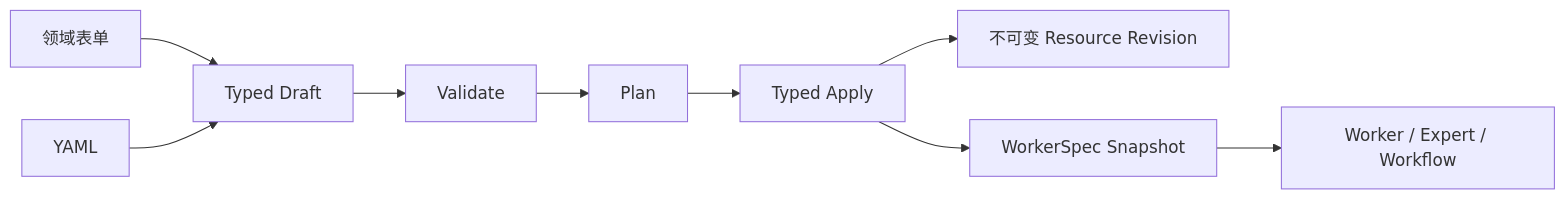
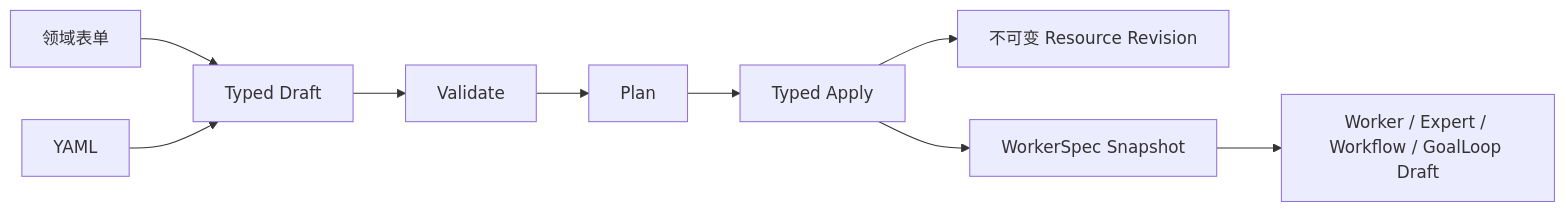
Before and after one commit to l8ai-cn/DoWorker: the diagram in docs/product/resource-native-orchestration.md, drawn with Mermaid. The commit also changed other lines of this file and 86 other files, not shown here.

````diff
--- a/docs/product/resource-native-orchestration.md
+++ b/docs/product/resource-native-orchestration.md
@@ -12,11 +12,11 @@
 ```mermaid
 flowchart LR
   F["领域表单"] --> D["Typed Draft"]
   Y["YAML"] --> D
   D --> V["Validate"]
   V --> P["Plan"]
   P --> A["Typed Apply"]
   A --> R["不可变 Resource Revision"]
   A --> S["WorkerSpec Snapshot"]
-  S --> W["Worker / Expert / Workflow"]
+  S --> W["Worker / Expert / Workflow / GoalLoop Draft"]
 ```
````
